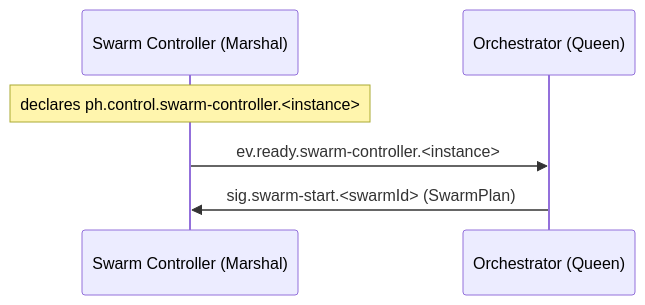
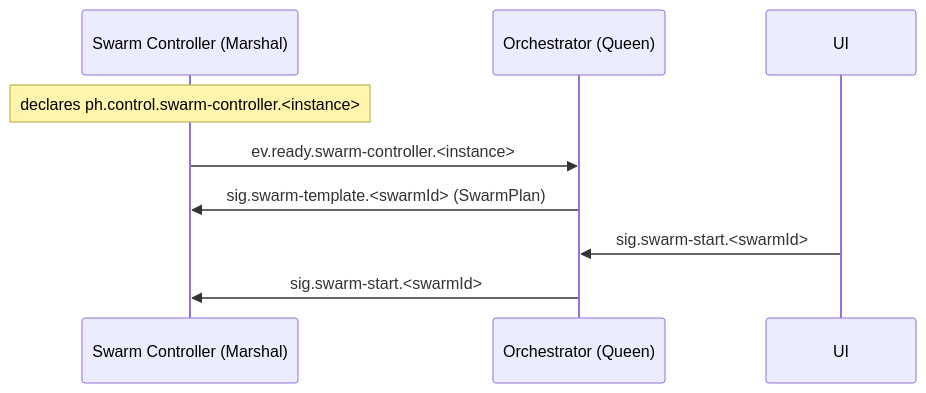
Before and after one commit to sepa79/PocketHive: the fifth of 8 diagrams in docs/ARCHITECTURE.md, drawn with Mermaid. The commit also changed other lines of this file and 16 other files, not shown here.

````diff
--- a/docs/ARCHITECTURE.md
+++ b/docs/ARCHITECTURE.md
@@ -114,10 +114,12 @@
 ```mermaid
 sequenceDiagram
   participant MSH as Swarm Controller (Marshal)
   participant QN as Orchestrator (Queen)
 
   Note over MSH: declares ph.control.swarm-controller.<instance>
   MSH->>QN: ev.ready.swarm-controller.<instance>
-  QN->>MSH: sig.swarm-start.<swarmId> (SwarmPlan)
+  QN->>MSH: sig.swarm-template.<swarmId> (SwarmPlan)
+  UI->>QN: sig.swarm-start.<swarmId>
+  QN->>MSH: sig.swarm-start.<swarmId>
 
 ```
````
